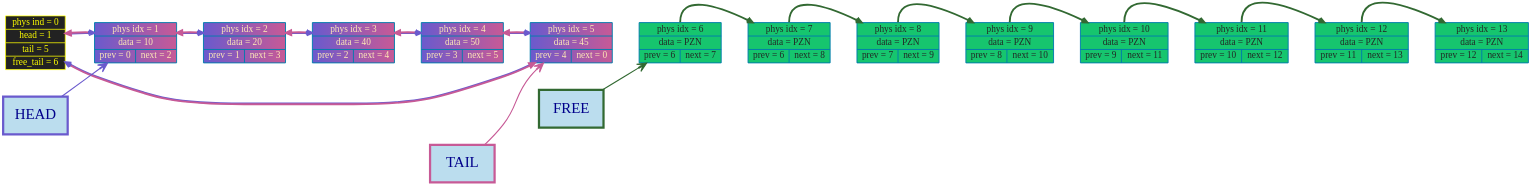
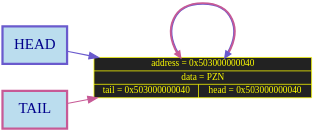
Before and after one commit to timoko3/list: the diagram in graphDumps/graphDump.dot, drawn with Graphviz. The commit also changed 62 other files, not shown here.

```diff
--- a/graphDumps/graphDump.dot
+++ b/graphDumps/graphDump.dot
@@ -1,70 +1,18 @@
 digraph G {
 rankdir=LR
 bgcolor="transparent"
 nodesep = 1;
 ranksep = 1
 	node [shape=record, style="filled", fillcolor="#FFA089", fontcolor="black", color="#007CAD", penwidth=2.5, fontname="Tahoma", fontsize=25];
 
-edge [color="#2d714f", arrowsize=1, penwidth=5, arrowhead="vee", style="bold"];
-node0 [label="phys ind = 0 | head = 1 | tail = 5 | free_tail = 6", shape=record, style="filled", fillcolor="#222222", fontcolor="yellow", color="yellow", penwidth=2];
-	node1 [label="phys idx = 1 | data = 10 | {prev = 0 | next = 2} "];
-	node2 [label="phys idx = 2 | data = 20 | {prev = 1 | next = 3} "];
-	node3 [label="phys idx = 3 | data = 40 | {prev = 2 | next = 4} "];
-	node4 [label="phys idx = 4 | data = 50 | {prev = 3 | next = 5} "];
-	node5 [label="phys idx = 5 | data = 45 | {prev = 4 | next = 0} "];
-	node6 [label="phys idx = 6 | data = PZN | {prev = 6 | next = 7} "];
-	node7 [label="phys idx = 7 | data = PZN | {prev = 6 | next = 8} "];
-	node8 [label="phys idx = 8 | data = PZN | {prev = 7 | next = 9} "];
-	node9 [label="phys idx = 9 | data = PZN | {prev = 8 | next = 10} "];
-	node10 [label="phys idx = 10 | data = PZN | {prev = 9 | next = 11} "];
-	node11 [label="phys idx = 11 | data = PZN | {prev = 10 | next = 12} "];
-	node12 [label="phys idx = 12 | data = PZN | {prev = 11 | next = 13} "];
-	node13 [label="phys idx = 13 | data = PZN | {prev = 12 | next = 14} "];
+node64 [label="address = 0x503000000040 | data = PZN | {tail = 0x503000000040 | head = 0x503000000040} ", shape=record, style="filled", fillcolor="#222222", fontcolor="yellow", color="yellow", penwidth=2];
 
 head_label      [shape=box, width = 2.4, height = 1.4, label="HEAD", style="filled", fillcolor="#BBDDEE", color="#6A5ACD", penwidth = 6,  fontcolor="darkblue", fontsize = 40];
 tail_label      [shape=box, width = 2.4, height = 1.4, label="TAIL", style="filled", fillcolor="#BBDDEE", color="#c75a96ff", penwidth = 6,  fontcolor="darkblue", fontsize = 40];
-free_head_label [shape=box, width = 2.4, height = 1.4, label="FREE", style="filled", fillcolor="#BBDDEE", color="#326932", penwidth = 6,  fontcolor="darkblue", fontsize = 40];
-head_label      -> node1 [color="#6A5ACD"  , arrowsize=2.5, penwidth=3];
-tail_label      -> node5 [color="#c75a96ff"  , arrowsize=2.5, penwidth=3];
-free_head_label -> node6 [color="#326932"  , arrowsize=2.5, penwidth=3];
-node0 -> node1[style=invis, weight = 100000];
-	node1 -> node2 -> node3 -> node4 -> node5 -> node6 -> node7 -> node8 -> node9 -> node10 -> node11 -> node12 -> node13[style=invis, weight=1000000];
-	node0 -> node1[color="#6A5ACD:#c75a96ff", arrowsize=1.5, penwidth=5, weight=1000, constraint=false, dir = both];
-node1 [fillcolor = "#6A5ACD:#c75a96ff", fontcolor = "#ffe9b5ff"]
-node2 [fillcolor = "#6A5ACD:#c75a96ff", fontcolor = "#ffe9b5ff"]
-node1 -> node2[color="#6A5ACD:#c75a96ff", arrowsize=1.5, penwidth=5, weight=1000, constraint=false, dir = both];
-node2 [fillcolor = "#6A5ACD:#c75a96ff", fontcolor = "#ffe9b5ff"]
-node3 [fillcolor = "#6A5ACD:#c75a96ff", fontcolor = "#ffe9b5ff"]
-node2 -> node3[color="#6A5ACD:#c75a96ff", arrowsize=1.5, penwidth=5, weight=1000, constraint=false, dir = both];
-node3 [fillcolor = "#6A5ACD:#c75a96ff", fontcolor = "#ffe9b5ff"]
-node4 [fillcolor = "#6A5ACD:#c75a96ff", fontcolor = "#ffe9b5ff"]
-node3 -> node4[color="#6A5ACD:#c75a96ff", arrowsize=1.5, penwidth=5, weight=1000, constraint=false, dir = both];
-node4 [fillcolor = "#6A5ACD:#c75a96ff", fontcolor = "#ffe9b5ff"]
-node5 [fillcolor = "#6A5ACD:#c75a96ff", fontcolor = "#ffe9b5ff"]
-node4 -> node5[color="#6A5ACD:#c75a96ff", arrowsize=1.5, penwidth=5, weight=1000, constraint=false, dir = both];
-node5 [fillcolor = "#6A5ACD:#c75a96ff", fontcolor = "#ffe9b5ff"]
-node5 -> node0[color="#6A5ACD:#c75a96ff", arrowsize=1.5, penwidth=5, weight=1000, constraint=false, dir = both];
-node6 [fillcolor = "#16c56eff", fontcolor = "#222926ff"]
-node7 [fillcolor = "#16c56eff", fontcolor = "#222926ff"]
-node6 -> node7[color="#326932", arrowsize=1.5, penwidth=5, weight=1000, constraint=false, tailport = n];
-node7 [fillcolor = "#16c56eff", fontcolor = "#222926ff"]
-node8 [fillcolor = "#16c56eff", fontcolor = "#222926ff"]
-node7 -> node8[color="#326932", arrowsize=1.5, penwidth=5, weight=1000, constraint=false, tailport = n];
-node8 [fillcolor = "#16c56eff", fontcolor = "#222926ff"]
-node9 [fillcolor = "#16c56eff", fontcolor = "#222926ff"]
-node8 -> node9[color="#326932", arrowsize=1.5, penwidth=5, weight=1000, constraint=false, tailport = n];
-node9 [fillcolor = "#16c56eff", fontcolor = "#222926ff"]
-node10 [fillcolor = "#16c56eff", fontcolor = "#222926ff"]
-node9 -> node10[color="#326932", arrowsize=1.5, penwidth=5, weight=1000, constraint=false, tailport = n];
-node10 [fillcolor = "#16c56eff", fontcolor = "#222926ff"]
-node11 [fillcolor = "#16c56eff", fontcolor = "#222926ff"]
-node10 -> node11[color="#326932", arrowsize=1.5, penwidth=5, weight=1000, constraint=false, tailport = n];
-node11 [fillcolor = "#16c56eff", fontcolor = "#222926ff"]
-node12 [fillcolor = "#16c56eff", fontcolor = "#222926ff"]
-node11 -> node12[color="#326932", arrowsize=1.5, penwidth=5, weight=1000, constraint=false, tailport = n];
-node12 [fillcolor = "#16c56eff", fontcolor = "#222926ff"]
-node13 [fillcolor = "#16c56eff", fontcolor = "#222926ff"]
-node12 -> node13[color="#326932", arrowsize=1.5, penwidth=5, weight=1000, constraint=false, tailport = n];
-node13 [fillcolor = "#16c56eff", fontcolor = "#222926ff"]
+head_label      -> node64 [color="#6A5ACD"  , arrowsize=2.5, penwidth=3];
+tail_label      -> node64 [color="#c75a96ff"  , arrowsize=2.5, penwidth=3];
+	node64 -> node64[style=invis, weight = 100000];
+	node64 
+node64 -> node64[color="#6A5ACD:#c75a96ff", arrowsize=1.5, penwidth=5, weight=1000, constraint=false, dir = both];
 
 }
```
